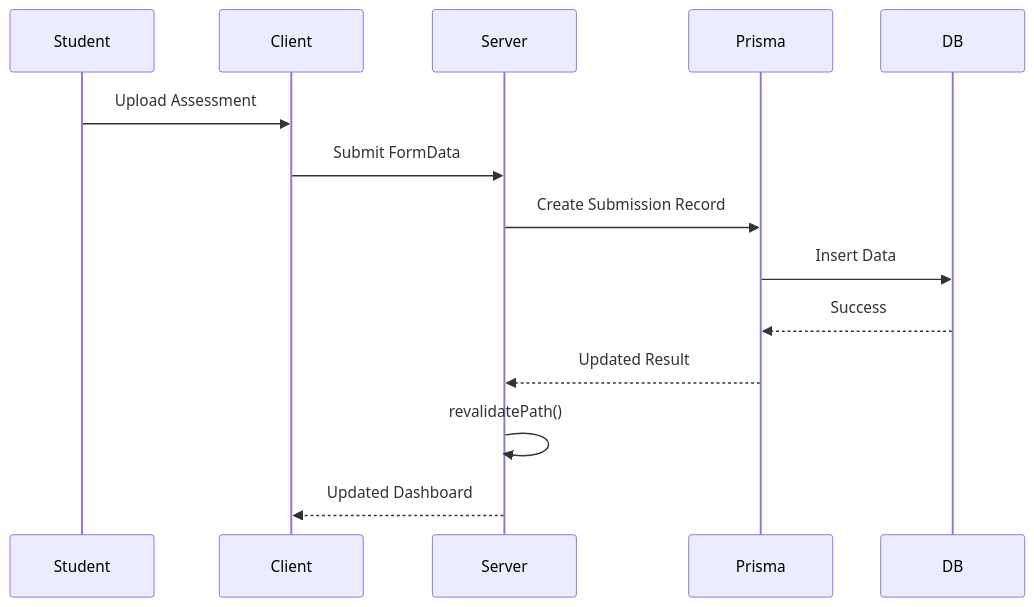
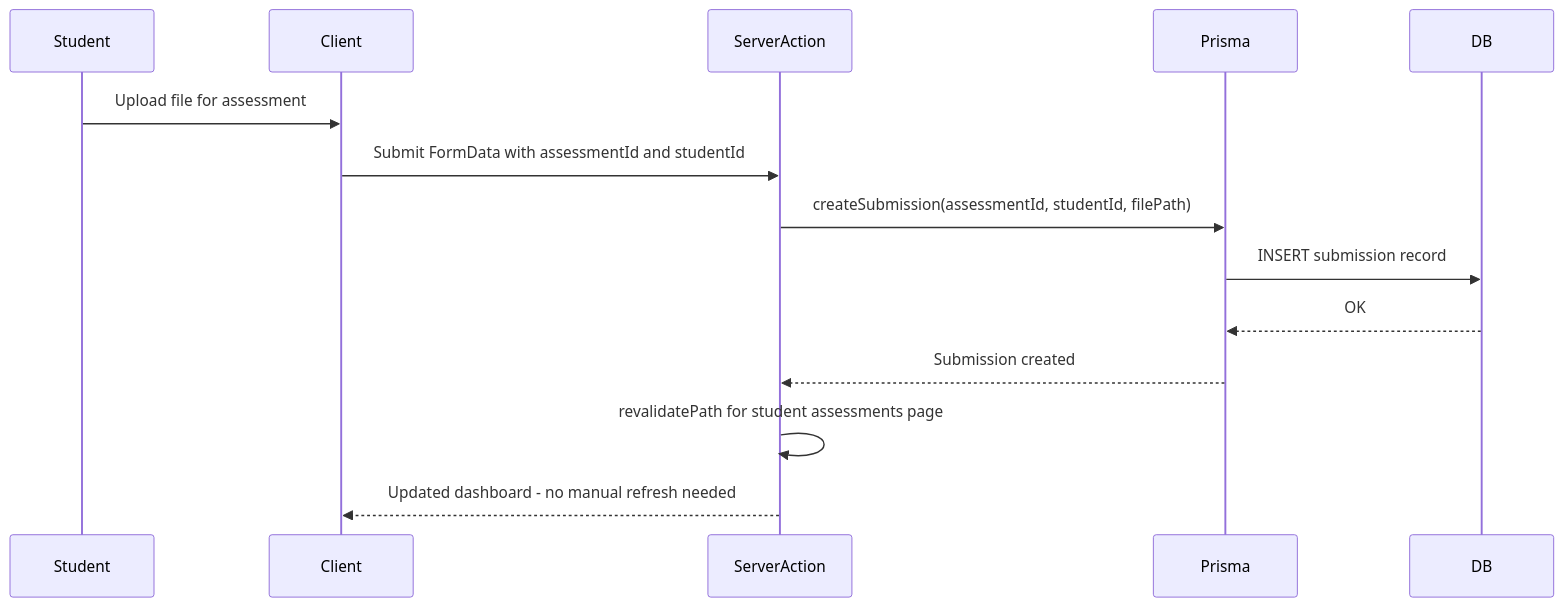
One commit to habibUllahRahat/sms_tracker changed the third of 3 diagrams in README.md. Above: the diagram before and after it, drawn with Mermaid. The commit also changed other lines of this file, not shown here.

````diff
--- a/README.md
+++ b/README.md
@@ -176,17 +102,17 @@
 ```mermaid
 sequenceDiagram
     participant Student
     participant Client
-    participant Server
+    participant ServerAction
     participant Prisma
     participant DB
 
-    Student->>Client: Upload Assessment
-    Client->>Server: Submit FormData
-    Server->>Prisma: Create Submission Record
-    Prisma->>DB: Insert Data
-    DB-->>Prisma: Success
-    Prisma-->>Server: Updated Result
-    Server->>Server: revalidatePath()
-    Server-->>Client: Updated Dashboard
+    Student->>Client: Upload file for assessment
+    Client->>ServerAction: Submit FormData with assessmentId and studentId
+    ServerAction->>Prisma: createSubmission(assessmentId, studentId, filePath)
+    Prisma->>DB: INSERT submission record
+    DB-->>Prisma: OK
+    Prisma-->>ServerAction: Submission created
+    ServerAction->>ServerAction: revalidatePath for student assessments page
+    ServerAction-->>Client: Updated dashboard - no manual refresh needed
 ```
````
